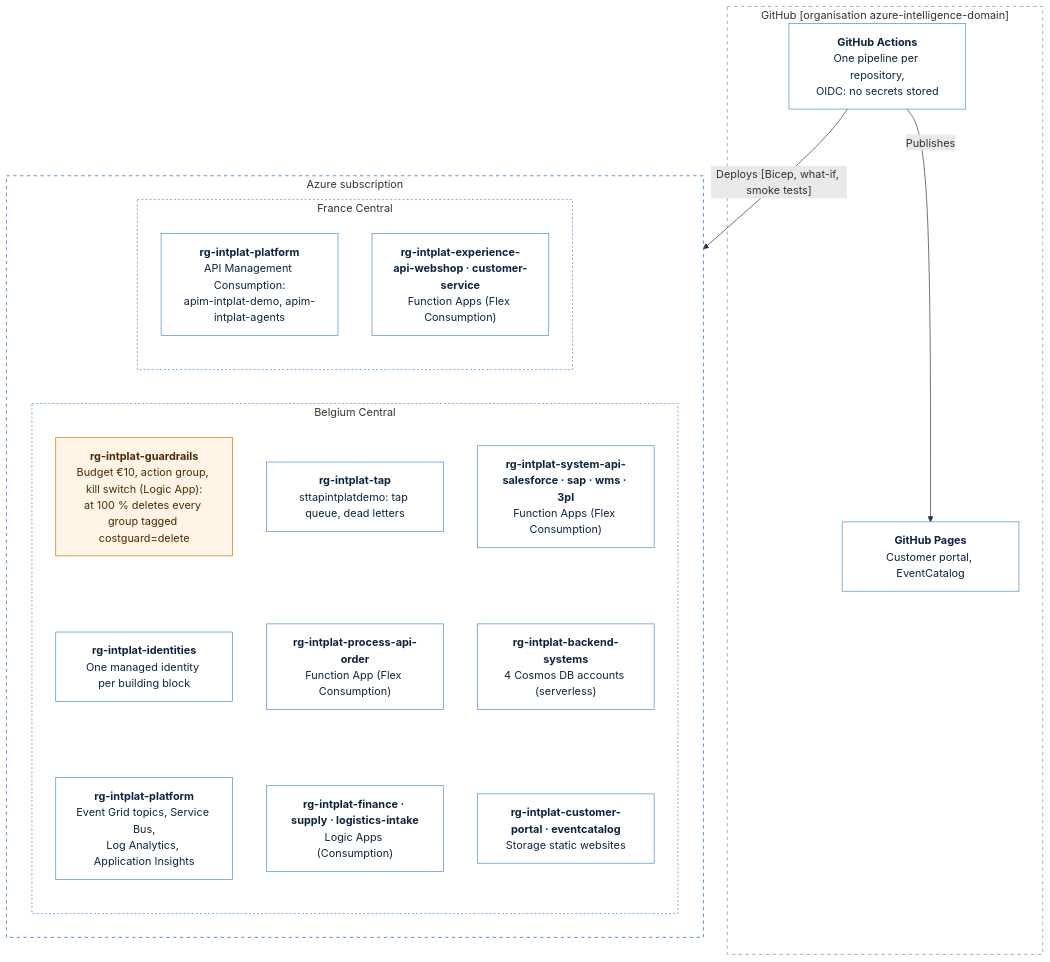
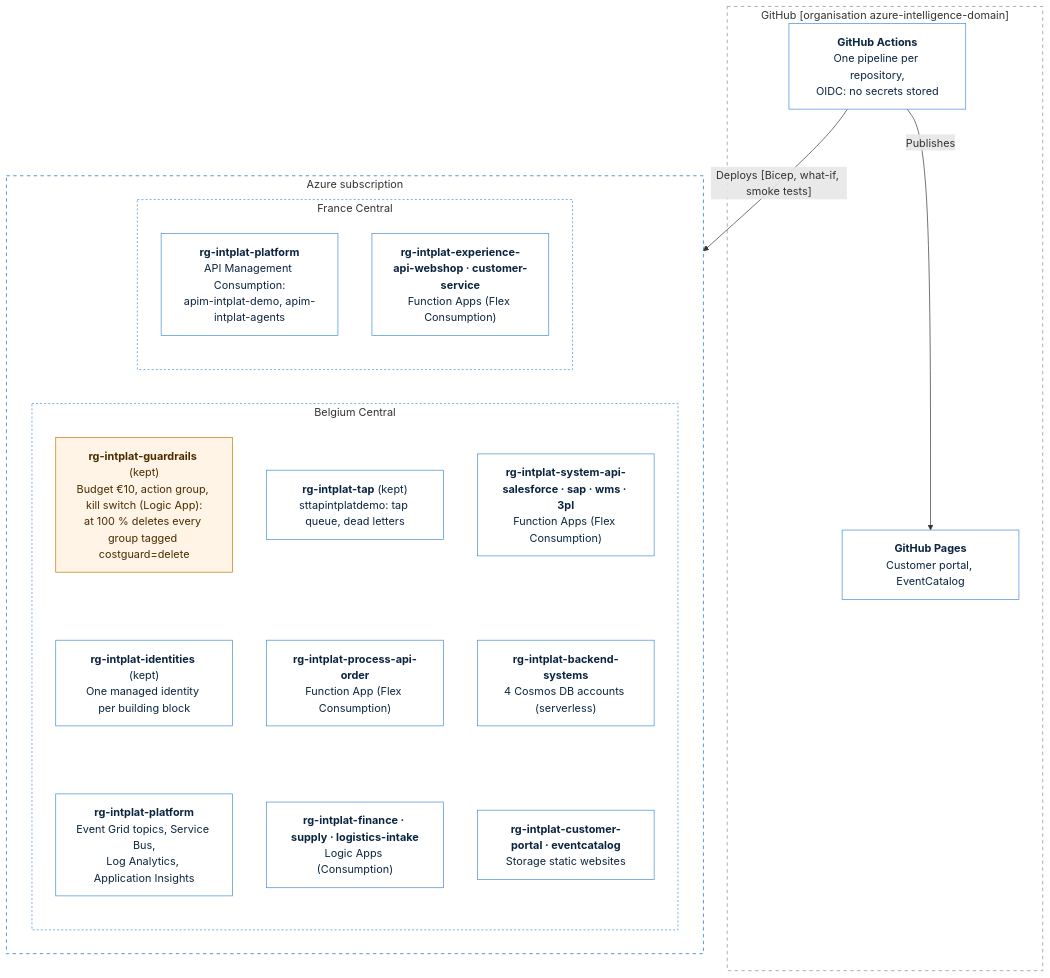
Before and after one commit to azure-intelligence-domain/ai-intelligence-domain: the sixth of 6 diagrams in docs/architecture/c4.md, drawn with Mermaid. The commit also changed other lines of this file, not shown here.

First line of the commit message:
C4 deployment: the three groups the kill switch keeps; where resources run

````diff
--- a/docs/architecture/c4.md
+++ b/docs/architecture/c4.md
@@ -363,40 +366,40 @@
 ```mermaid
 flowchart TB
     subgraph gh["GitHub [organisation azure-intelligence-domain]"]
         actions["<b>GitHub Actions</b><br/>One pipeline per repository,<br/>OIDC: no secrets stored"]
         pages["<b>GitHub Pages</b><br/>Customer portal, EventCatalog"]
     end
 
     subgraph sub["Azure subscription"]
         subgraph be["Belgium Central"]
-            guard["<b>rg-intplat-guardrails</b><br/>Budget €10, action group, kill switch (Logic App):<br/>at 100 % deletes every group tagged costguard=delete"]
-            identities["<b>rg-intplat-identities</b><br/>One managed identity per building block"]
+            guard["<b>rg-intplat-guardrails</b> (kept)<br/>Budget €10, action group, kill switch (Logic App):<br/>at 100 % deletes every group tagged costguard=delete"]
+            identities["<b>rg-intplat-identities</b> (kept)<br/>One managed identity per building block"]
             platformBe["<b>rg-intplat-platform</b><br/>Event Grid topics, Service Bus,<br/>Log Analytics, Application Insights"]
-            tapRg["<b>rg-intplat-tap</b><br/>sttapintplatdemo: tap queue, dead letters"]
+            tapRg["<b>rg-intplat-tap</b> (kept)<br/>sttapintplatdemo: tap queue, dead letters"]
             processRg["<b>rg-intplat-process-api-order</b><br/>Function App (Flex Consumption)"]
             intakesRg["<b>rg-intplat-finance · supply · logistics-intake</b><br/>Logic Apps (Consumption)"]
             systemRg["<b>rg-intplat-system-api-salesforce · sap · wms · 3pl</b><br/>Function Apps (Flex Consumption)"]
             backendRg["<b>rg-intplat-backend-systems</b><br/>4 Cosmos DB accounts (serverless)"]
             staticRg["<b>rg-intplat-customer-portal · eventcatalog</b><br/>Storage static websites"]
             guard ~~~ identities ~~~ platformBe
             tapRg ~~~ processRg ~~~ intakesRg
             systemRg ~~~ backendRg ~~~ staticRg
         end
         subgraph fr["France Central"]
             apim["<b>rg-intplat-platform</b><br/>API Management Consumption:<br/>apim-intplat-demo, apim-intplat-agents"]
             expRg["<b>rg-intplat-experience-api-webshop · customer-service</b><br/>Function Apps (Flex Consumption)"]
         end
     end
 
     actions -- "Deploys [Bicep, what-if, smoke tests]" --> sub
     actions -- "Publishes" --> pages
 
     classDef azure fill:#ffffff,stroke:#438dd5,color:#0b2540
     classDef guarded fill:#fff4e5,stroke:#c77700,color:#4a2c00
     class actions,pages,identities,platformBe,tapRg,processRg,intakesRg,systemRg,backendRg,staticRg,apim,expRg azure
     class guard guarded
     style gh fill:none,stroke:#8a8a8a,stroke-dasharray:5 5
     style sub fill:none,stroke:#1168bd,stroke-dasharray:5 5
     style be fill:none,stroke:#438dd5,stroke-dasharray:3 3
     style fr fill:none,stroke:#438dd5,stroke-dasharray:3 3
 ```
````
